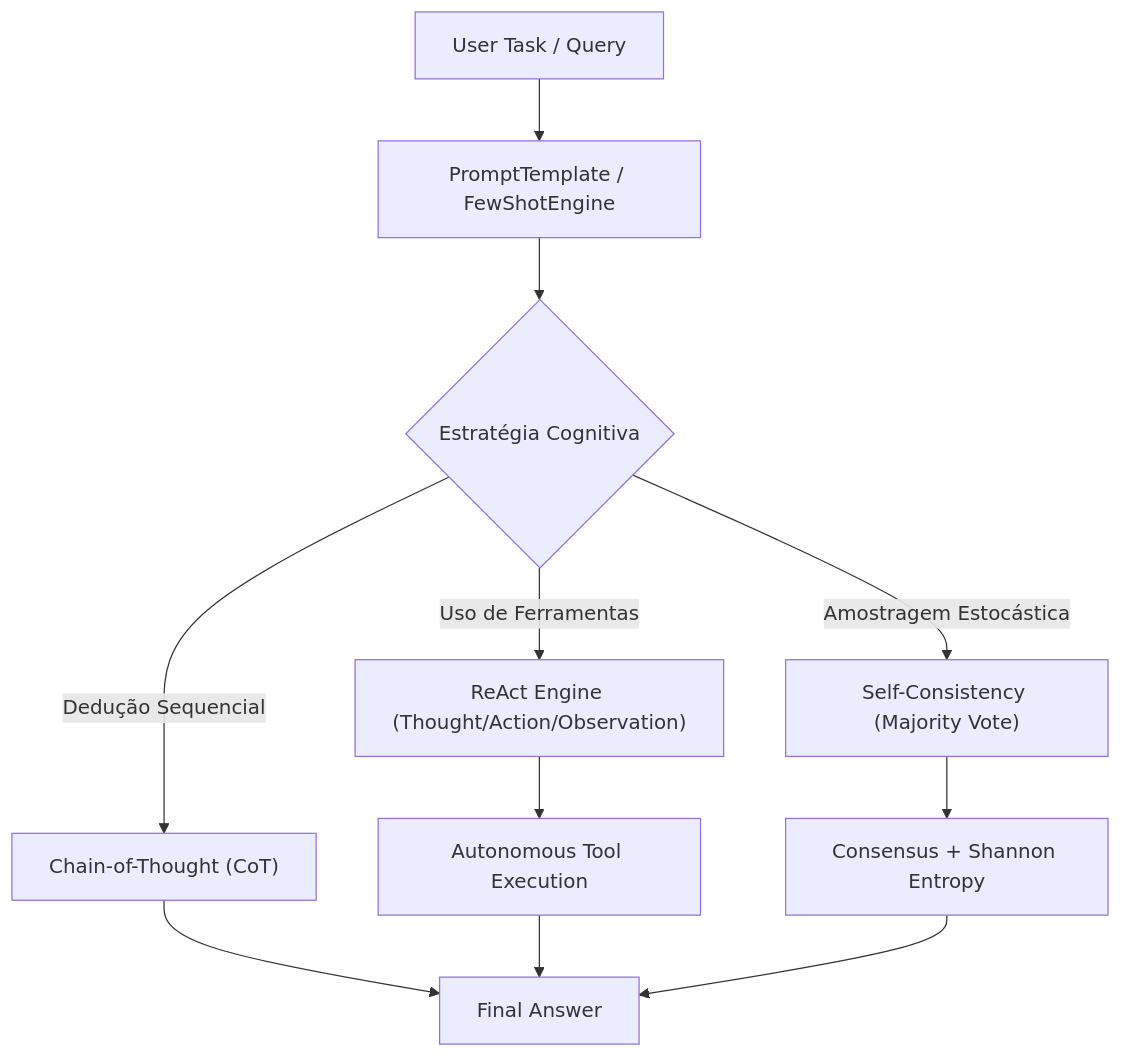
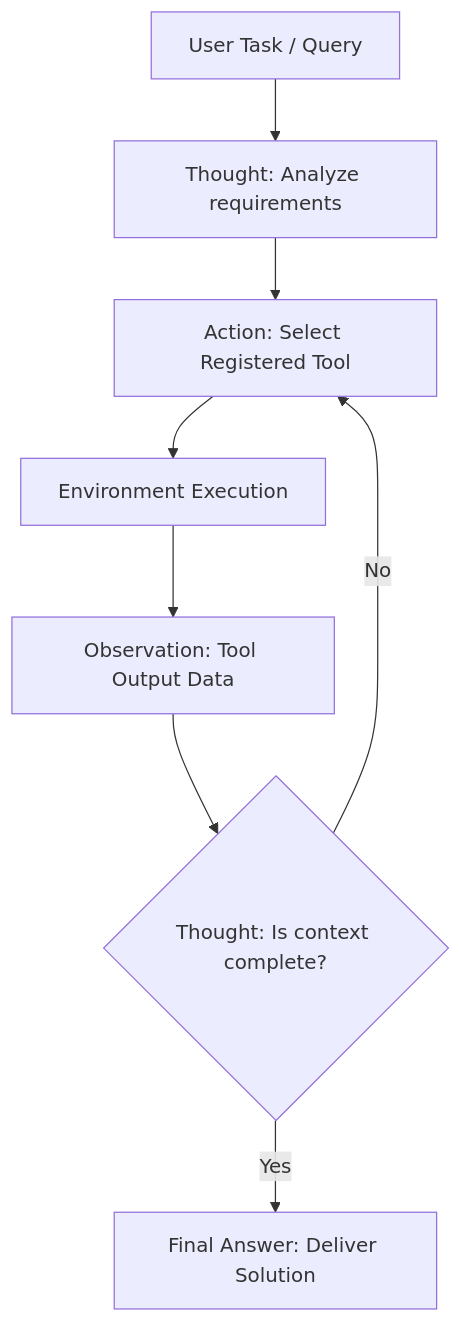
One commit to RogerioLS/production-ai-systems changed the diagram in docs/prompt_engineering/lab05.md. Above: the diagram before and after it, drawn with Mermaid. The commit also changed other lines of this file and 5 other files, not shown here.

Commit message:
📝 docs(prompt_eng): [LAB-05:#20] align prompt engineering docs with documentation standard (master template, playground card, colab)

````diff
--- a/docs/prompt_engineering/lab05.md
+++ b/docs/prompt_engineering/lab05.md
@@ -23,13 +44,10 @@
 ```mermaid
 flowchart TD
-    A["User Task / Query"] --> B["PromptTemplate / FewShotEngine"]
-    B --> C{"Estratégia Cognitiva"}
-    C -->|"Dedução Sequencial"| D["Chain-of-Thought (CoT)"]
-    C -->|"Amostragem Estocástica"| E["Self-Consistency (Majority Vote)"]
-    C -->|"Uso de Ferramentas"| F["ReAct Engine (Thought/Action/Observation)"]
-    D --> G["Final Answer"]
-    E --> H["Consensus + Shannon Entropy"]
-    F --> I["Autonomous Tool Execution"]
-    I --> G
-    H --> G
+    Task["User Task / Query"] --> T1["Thought: Analyze requirements"]
+    T1 --> A1["Action: Select Registered Tool"]
+    A1 --> E1["Environment Execution"]
+    E1 --> O1["Observation: Tool Output Data"]
+    O1 --> T2{"Thought: Is context complete?"}
+    T2 -->|"No"| A1
+    T2 -->|"Yes"| FA["Final Answer: Deliver Solution"]
 ```
````
